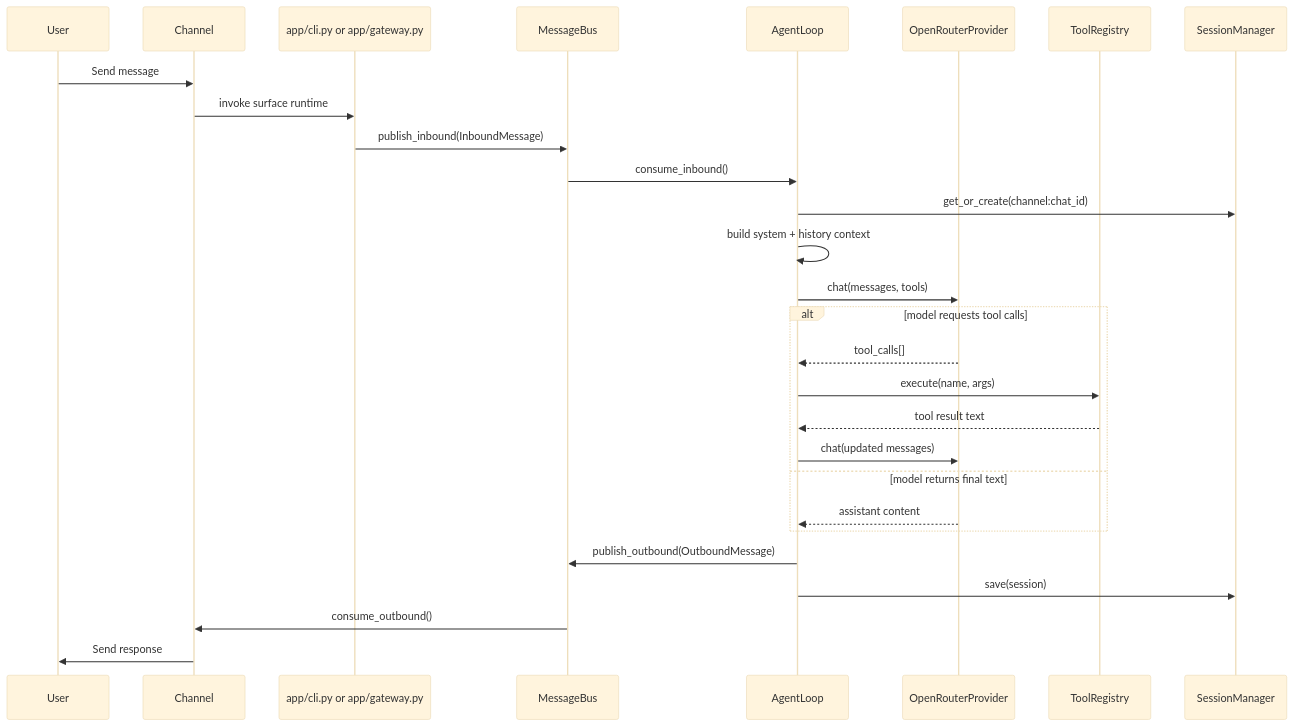
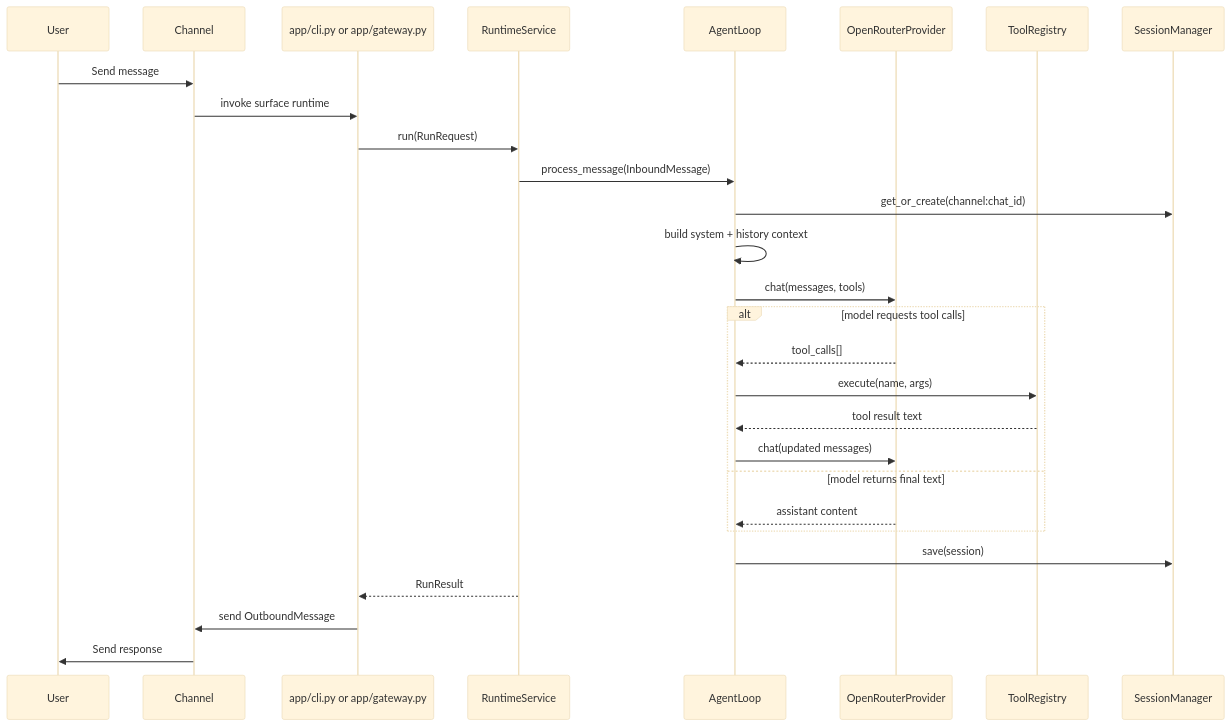
One commit to milescole/sideclaw changed the diagram in TECHNICAL.md. Above: the diagram before and after it, drawn with Mermaid (base theme). The commit also changed other lines of this file and 37 other files, not shown here.

First line of the commit message:
refactor(runtime): add run service foundation

````diff
--- a/TECHNICAL.md
+++ b/TECHNICAL.md
@@ -33,33 +41,33 @@
 ```mermaid
 sequenceDiagram
     participant User
     participant Channel
     participant App as app/cli.py or app/gateway.py
-    participant Bus as MessageBus
+    participant Runtime as RuntimeService
     participant Agent as AgentLoop
     participant LLM as OpenRouterProvider
     participant Tools as ToolRegistry
     participant Session as SessionManager
 
     User->>Channel: Send message
     Channel->>App: invoke surface runtime
-    App->>Bus: publish_inbound(InboundMessage)
-    Bus->>Agent: consume_inbound()
+    App->>Runtime: run(RunRequest)
+    Runtime->>Agent: process_message(InboundMessage)
     Agent->>Session: get_or_create(channel:chat_id)
     Agent->>Agent: build system + history context
     Agent->>LLM: chat(messages, tools)
 
     alt model requests tool calls
         LLM-->>Agent: tool_calls[]
         Agent->>Tools: execute(name, args)
         Tools-->>Agent: tool result text
         Agent->>LLM: chat(updated messages)
     else model returns final text
         LLM-->>Agent: assistant content
     end
 
-    Agent->>Bus: publish_outbound(OutboundMessage)
     Agent->>Session: save(session)
-    Bus->>Channel: consume_outbound()
+    Runtime-->>App: RunResult
+    App->>Channel: send OutboundMessage
     Channel->>User: Send response
 ```
````
